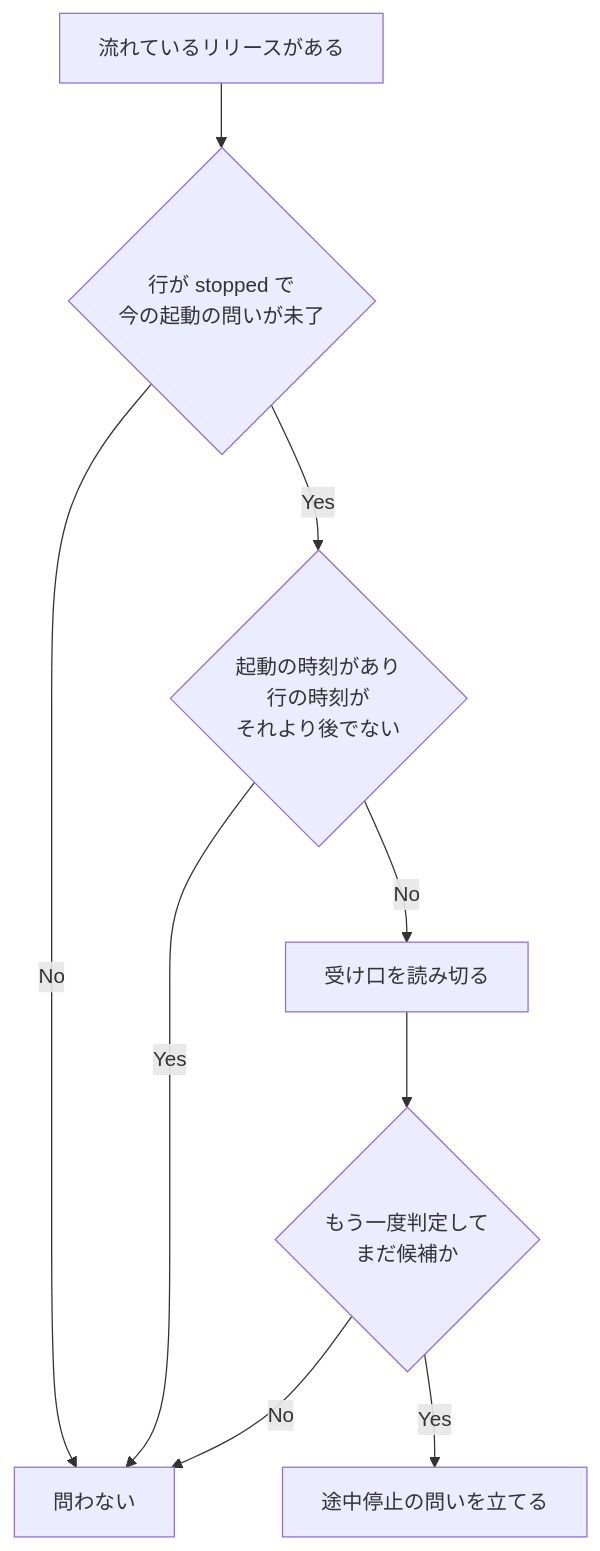
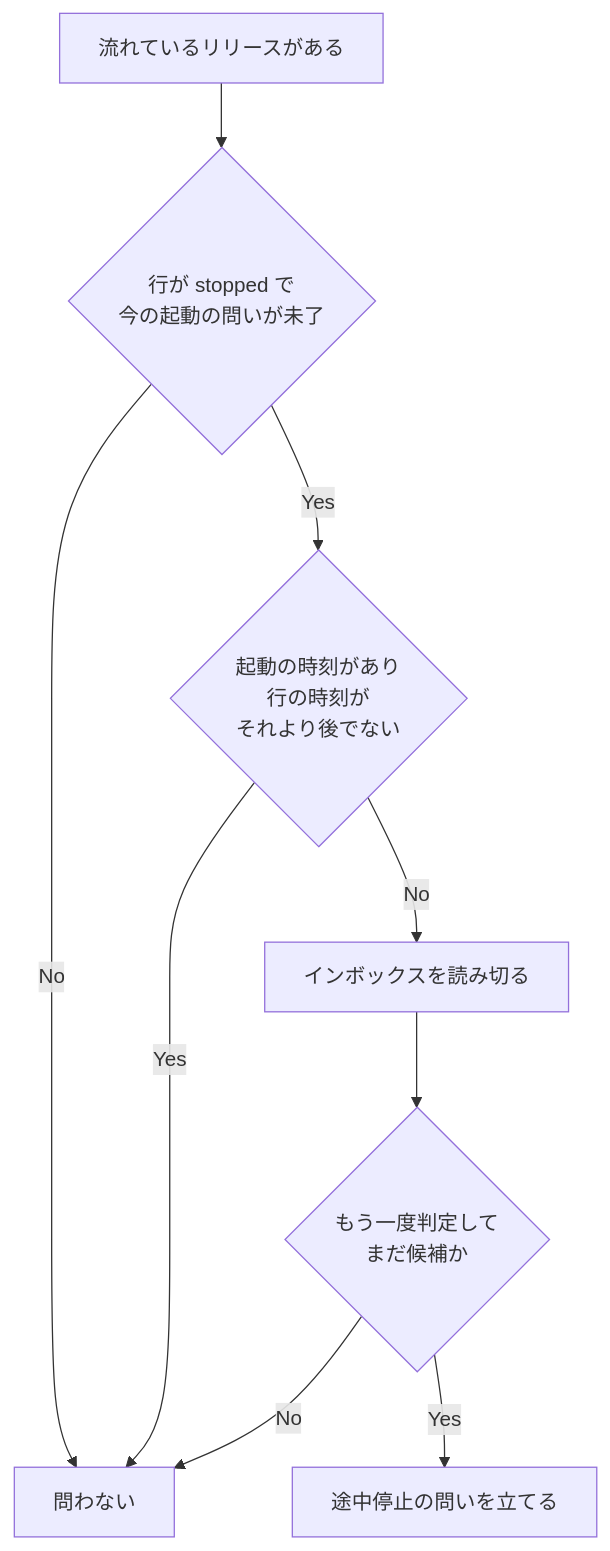
Before and after one commit to devbasex/ai-plugins: the fifth of 6 diagrams in issues/issue-2649-design.md, drawn with Mermaid. The commit also changed other lines of this file, not shown here.

````diff
--- a/issues/issue-2649-design.md
+++ b/issues/issue-2649-design.md
@@ -276,11 +351,11 @@
 ```mermaid
 graph TD
     A[流れているリリースがある] --> B{行が stopped で<br/>今の起動の問いが未了}
     B -->|No| Z[問わない]
     B -->|Yes| C{起動の時刻があり<br/>行の時刻が<br/>それより後でない}
     C -->|Yes| Z
-    C -->|No| D[受け口を読み切る]
+    C -->|No| D[インボックスを読み切る]
     D --> E{もう一度判定して<br/>まだ候補か}
     E -->|No| Z
     E -->|Yes| F[途中停止の問いを立てる]
 ```
````
